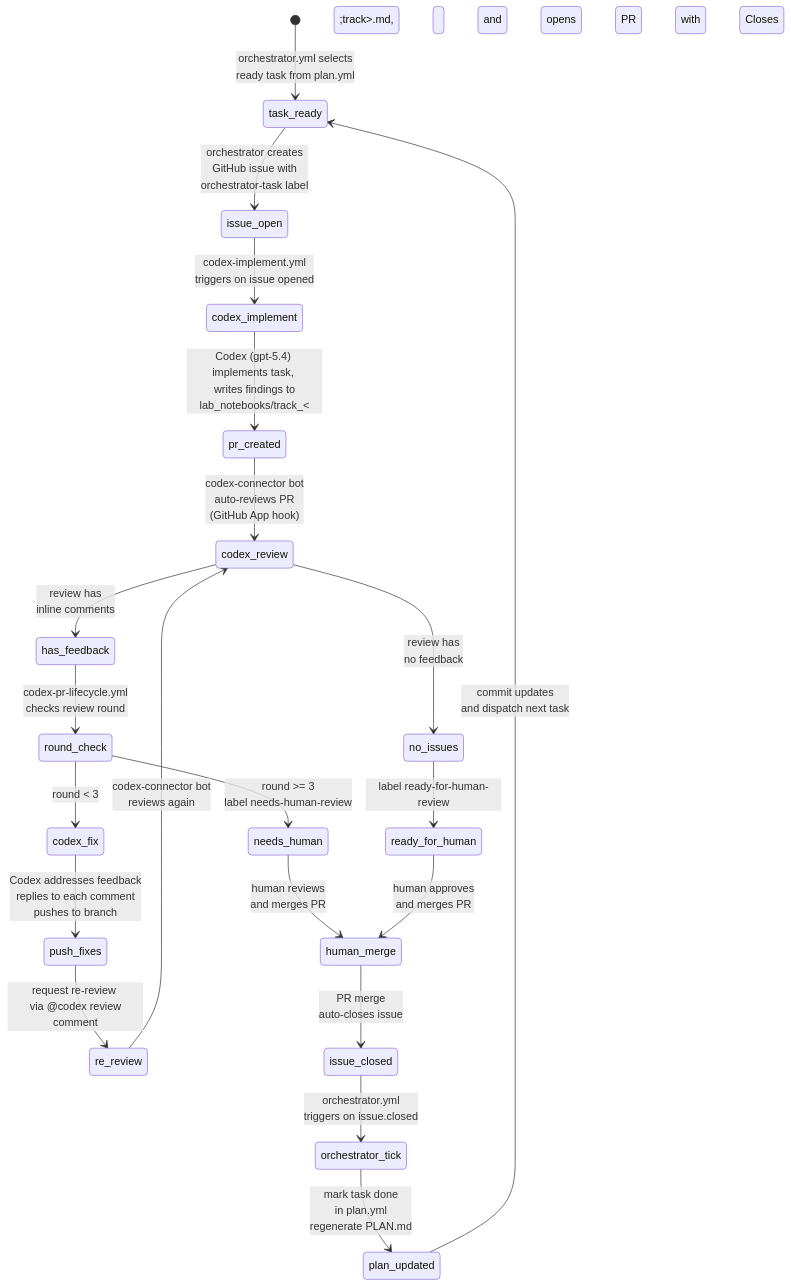
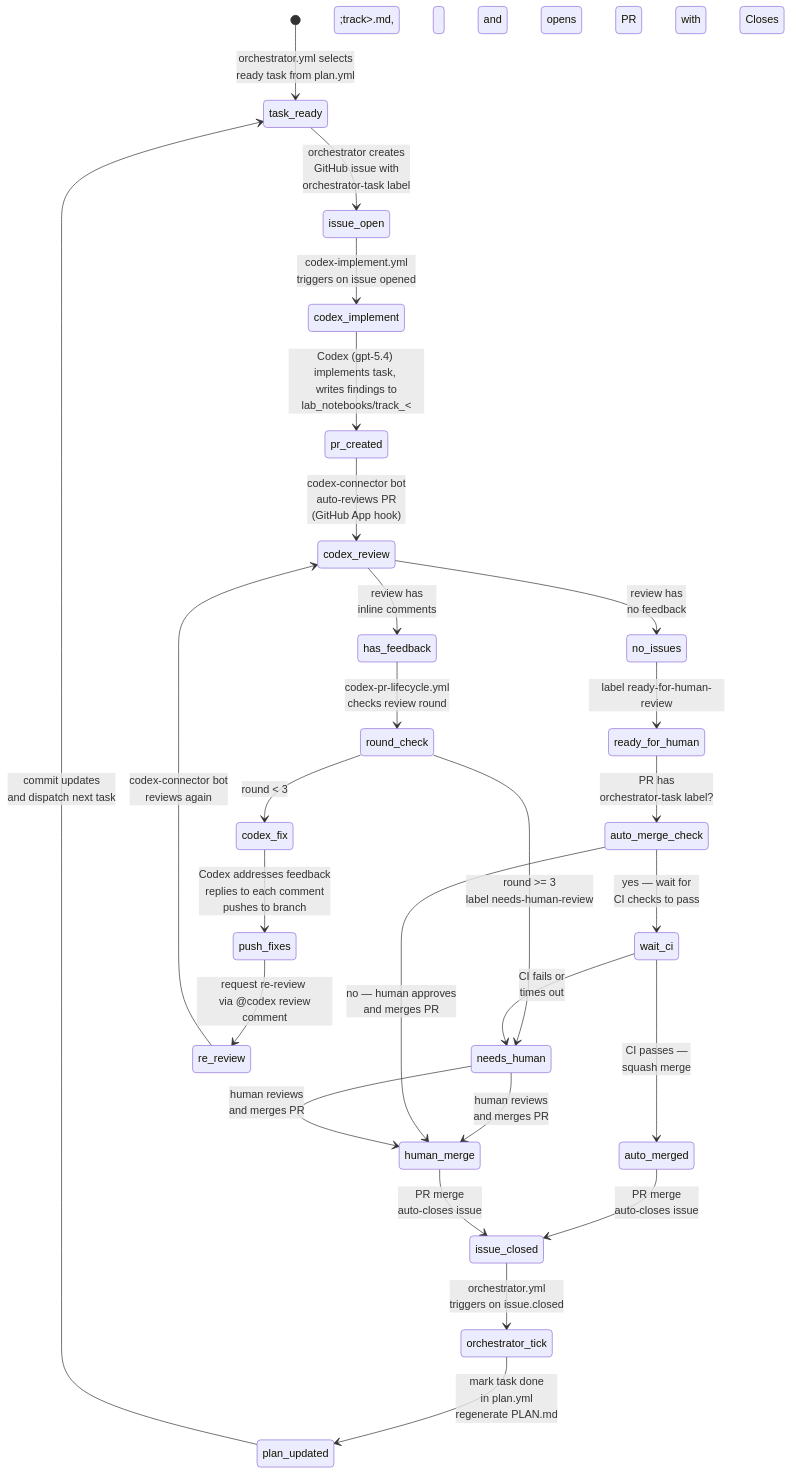
The diagram in lyzortx/orchestration/README.md (LorenaDerezanin/coli_phage_interactions_2023), drawn with Mermaid before and after one commit. The commit also changed other lines of this file and 1 other file, not shown here.

Commit message:
feat: auto-merge Codex-created PRs after clean review and passing CI
When codex-pr-lifecycle detects a clean Codex review (no feedback) on a
PR with the orchestrator-task label, it enables GitHub auto-merge
(squash). GitHub merges the PR once required checks pass. Non-Codex PRs
still require human review.

````diff
--- a/lyzortx/orchestration/README.md
+++ b/lyzortx/orchestration/README.md
@@ -10,40 +10,50 @@
 ```mermaid
 stateDiagram-v2
     [*] --> task_ready : orchestrator.yml selects <br> ready task from plan.yml
 
     task_ready --> issue_open : orchestrator creates <br> GitHub issue with <br> orchestrator-task label
 
     issue_open --> codex_implement : codex-implement.yml <br> triggers on issue opened
 
     codex_implement --> pr_created : Codex (gpt-5.4) implements task, <br> writes findings to lab_notebooks/track_&lt;track&gt;.md, <br> and opens PR with Closes #issue
 
     pr_created --> codex_review : codex-connector bot <br> auto-reviews PR <br> (GitHub App hook)
 
     codex_review --> has_feedback : review has <br> inline comments
     codex_review --> no_issues : review has <br> no feedback
 
     has_feedback --> round_check : codex-pr-lifecycle.yml <br> checks review round
 
     round_check --> codex_fix : round < 3
     round_check --> needs_human : round >= 3 <br> label needs-human-review
 
     codex_fix --> push_fixes : Codex addresses feedback <br> replies to each comment <br> pushes to branch
 
     push_fixes --> re_review : request re-review <br> via @codex review comment
 
     re_review --> codex_review : codex-connector bot <br> reviews again
 
     needs_human --> human_merge : human reviews <br> and merges PR
 
     no_issues --> ready_for_human : label ready-for-human-review
 
-    ready_for_human --> human_merge : human approves <br> and merges PR
+    ready_for_human --> auto_merge_check : PR has <br> orchestrator-task label?
+
+    auto_merge_check --> wait_ci : yes — wait for <br> CI checks to pass
+    auto_merge_check --> human_merge : no — human approves <br> and merges PR
+
+    wait_ci --> auto_merged : CI passes — <br> squash merge
+    wait_ci --> needs_human : CI fails or <br> times out
+
+    needs_human --> human_merge : human reviews <br> and merges PR
+
+    auto_merged --> issue_closed : PR merge <br> auto-closes issue
 
     human_merge --> issue_closed : PR merge <br> auto-closes issue
 
     issue_closed --> orchestrator_tick : orchestrator.yml <br> triggers on issue.closed
 
     orchestrator_tick --> plan_updated : mark task done <br> in plan.yml <br> regenerate PLAN.md
 
     plan_updated --> task_ready : commit updates <br> and dispatch next task
 ```
````
